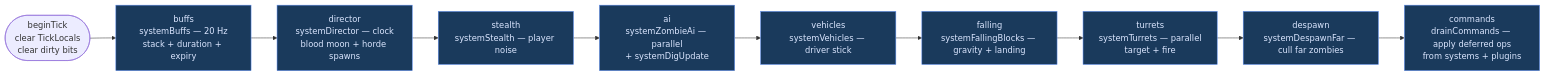
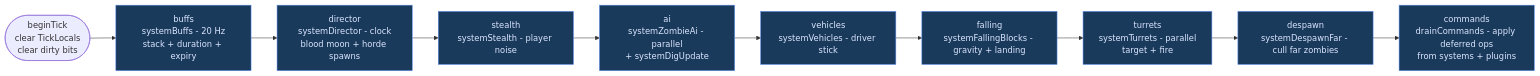
One commit to hordeforge/zdtd-server changed the tenth of 19 diagrams in docs/ARCHITECTURE.md. Above: the diagram before and after it, drawn with Mermaid. The commit also changed other lines of this file and 118 other files, not shown here.

````diff
--- a/docs/ARCHITECTURE.md
+++ b/docs/ARCHITECTURE.md
@@ -403,16 +403,16 @@
 ```mermaid
 flowchart LR
     BEGIN([beginTick<br/>clear TickLocals<br/>clear dirty bits]) --> BUFFS
-    BUFFS[buffs<br/>systemBuffs — 20 Hz<br/>stack + duration + expiry] --> DIR
-    DIR[director<br/>systemDirector — clock<br/>blood moon + horde spawns] --> ST
-    ST[stealth<br/>systemStealth — player noise] --> AI
-    AI[ai<br/>systemZombieAi — parallel<br/>+ systemDigUpdate] --> VEH
-    VEH[vehicles<br/>systemVehicles — driver stick] --> FALL
-    FALL[falling<br/>systemFallingBlocks — gravity + landing] --> TUR
-    TUR[turrets<br/>systemTurrets — parallel<br/>target + fire] --> DESP
-    DESP[despawn<br/>systemDespawnFar — cull far zombies] --> CMDS
-    CMDS[commands<br/>drainCommands — apply deferred ops<br/>from systems + plugins]
+    BUFFS[buffs<br/>systemBuffs - 20 Hz<br/>stack + duration + expiry] --> DIR
+    DIR[director<br/>systemDirector - clock<br/>blood moon + horde spawns] --> ST
+    ST[stealth<br/>systemStealth - player noise] --> AI
+    AI[ai<br/>systemZombieAi - parallel<br/>+ systemDigUpdate] --> VEH
+    VEH[vehicles<br/>systemVehicles - driver stick] --> FALL
+    FALL[falling<br/>systemFallingBlocks - gravity + landing] --> TUR
+    TUR[turrets<br/>systemTurrets - parallel<br/>target + fire] --> DESP
+    DESP[despawn<br/>systemDespawnFar - cull far zombies] --> CMDS
+    CMDS[commands<br/>drainCommands - apply deferred ops<br/>from systems + plugins]
 
     classDef phase fill:#1a3a5c,stroke:#5b8def,color:#dbe6ff
     class BUFFS,DIR,ST,AI,VEH,FALL,TUR,DESP,CMDS phase
 ```
````
